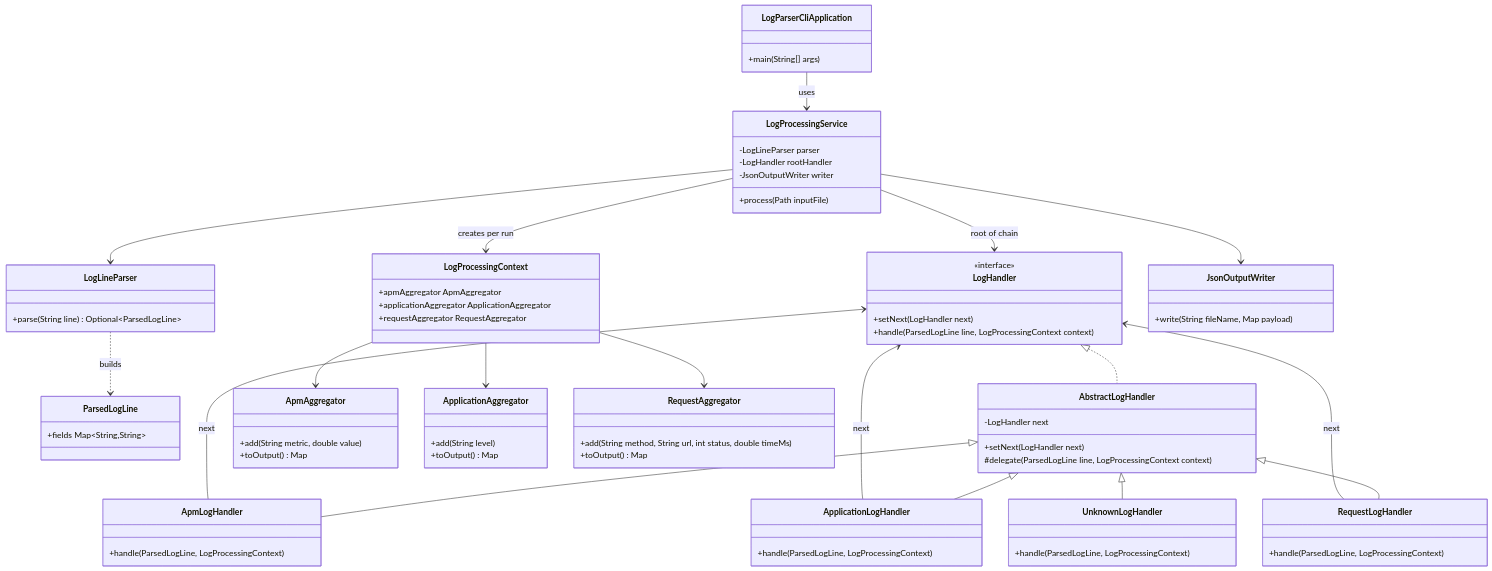
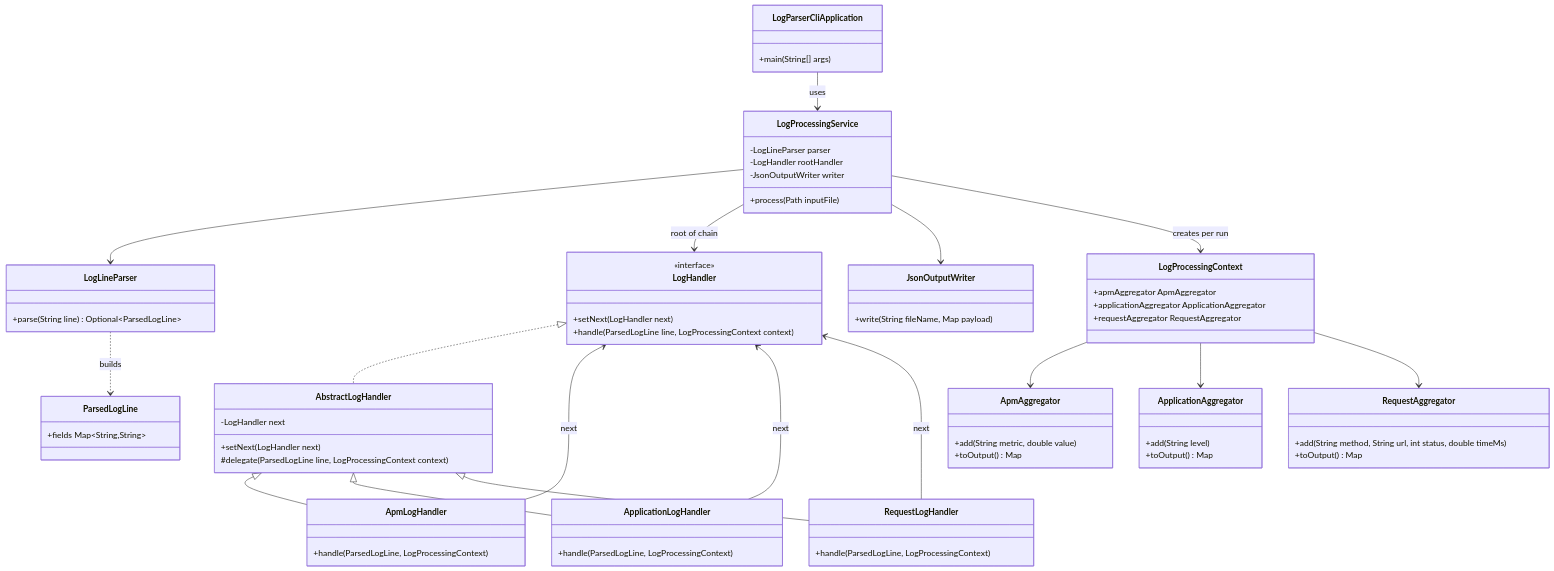
One commit to gopinathsjsu/individual-project-meghagangal362015 changed the diagram in project-part-1/PART1_SUBMISSION.md. Above: the diagram before and after it, drawn with Mermaid. The commit also changed other lines of this file and 1 other file, not shown here.

```diff
--- a/project-part-1/PART1_SUBMISSION.md
+++ b/project-part-1/PART1_SUBMISSION.md
@@ -86,10 +86,6 @@
         +handle(ParsedLogLine, LogProcessingContext)
     }
 
-    class UnknownLogHandler {
-        +handle(ParsedLogLine, LogProcessingContext)
-    }
-
     class LogProcessingContext {
         +apmAggregator ApmAggregator
         +applicationAggregator ApplicationAggregator
@@ -126,7 +122,6 @@
     AbstractLogHandler <|-- ApmLogHandler
     AbstractLogHandler <|-- ApplicationLogHandler
     AbstractLogHandler <|-- RequestLogHandler
-    AbstractLogHandler <|-- UnknownLogHandler
 
     ApmLogHandler --> LogHandler : next
     ApplicationLogHandler --> LogHandler : next
```
